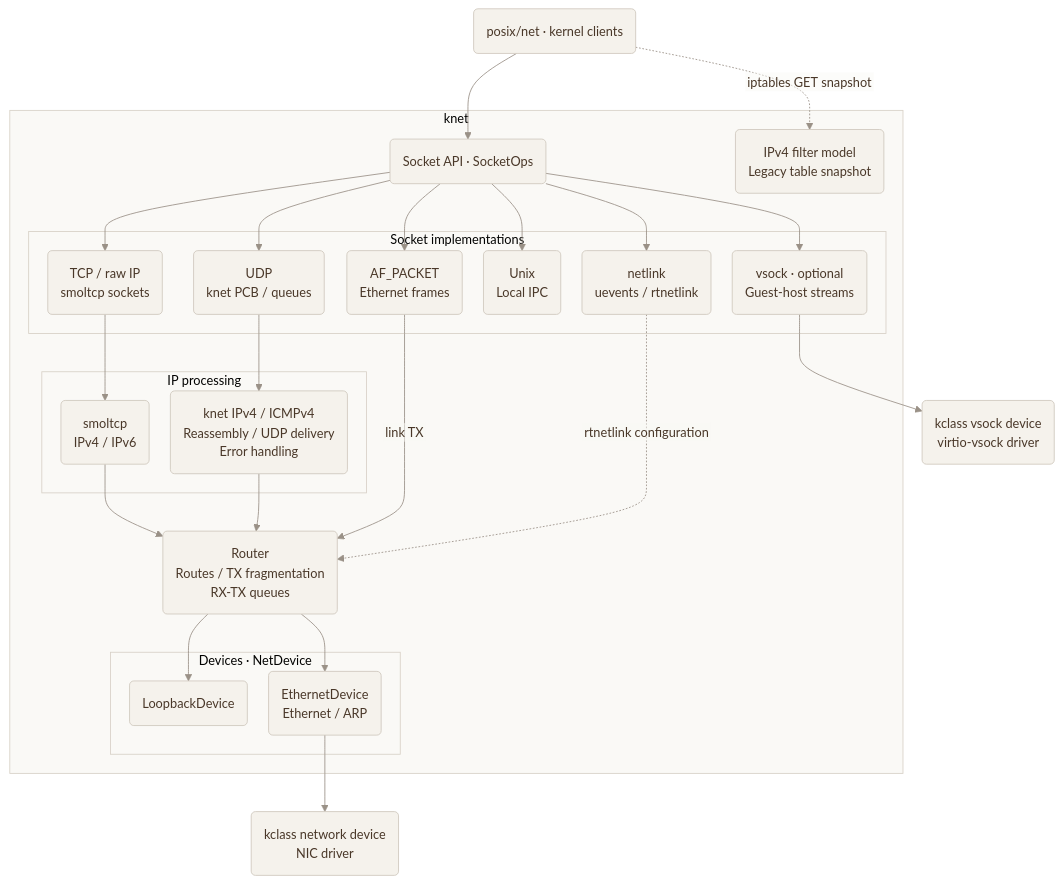
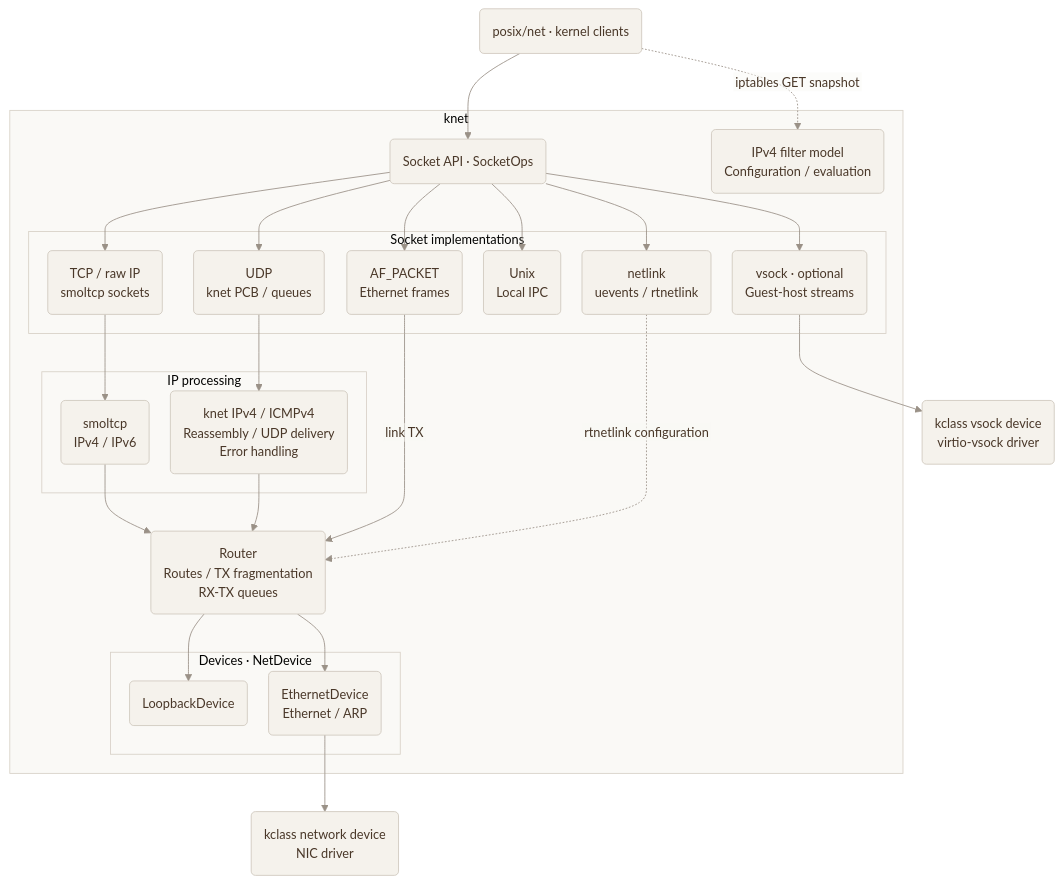
The first of 6 diagrams in net/knet/docs/design.md (edidada/x-kernel), drawn with Mermaid before and after one commit. The commit also changed other lines of this file and 11 other files, not shown here.

```diff
--- a/net/knet/docs/design.md
+++ b/net/knet/docs/design.md
@@ -155,7 +159,7 @@
         end
 
         FILTER("IPv4 filter model
-Legacy table snapshot")
+Configuration / evaluation")
 
         subgraph IP["IP processing"]
             SMOL("smoltcp
```
